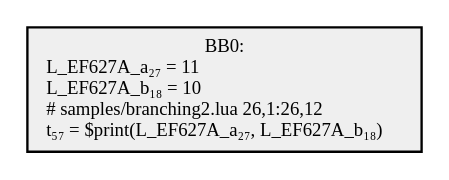
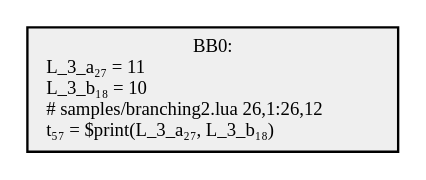
The diagram in src/SimpleCompiler.Cli/samples/obj/branching2.3.dot (GGG-KILLER/SimpleCompiler), drawn with Graphviz before and after one commit. The commit also changed 27 other files, not shown here.

```diff
--- a/src/SimpleCompiler.Cli/samples/obj/branching2.3.dot
+++ b/src/SimpleCompiler.Cli/samples/obj/branching2.3.dot
@@ -1,5 +1,5 @@
 digraph {
   node[shape=box style=filled fontsize=8 fontname="Cascadia Code" fillcolor="#efefef"];
-  BB0 [label="BB0:\nL_EF627A_a₂₇ = 11\lL_EF627A_b₁₈ = 10\l# samples/branching2.lua 26,1:26,12\lt₅₇ = $print(L_EF627A_a₂₇, L_EF627A_b₁₈)\l"];
+  BB0 [label="BB0:\nL_3_a₂₇ = 11\lL_3_b₁₈ = 10\l# samples/branching2.lua 26,1:26,12\lt₅₇ = $print(L_3_a₂₇, L_3_b₁₈)\l"];
 
 }
```
